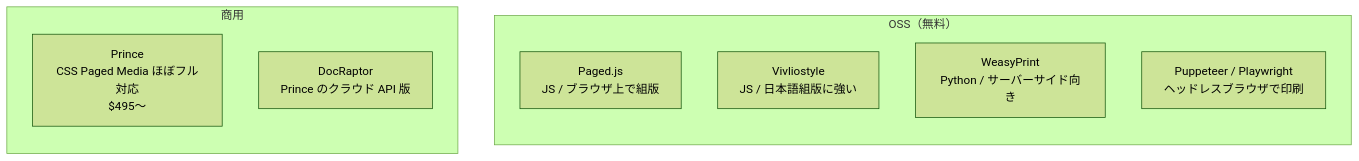
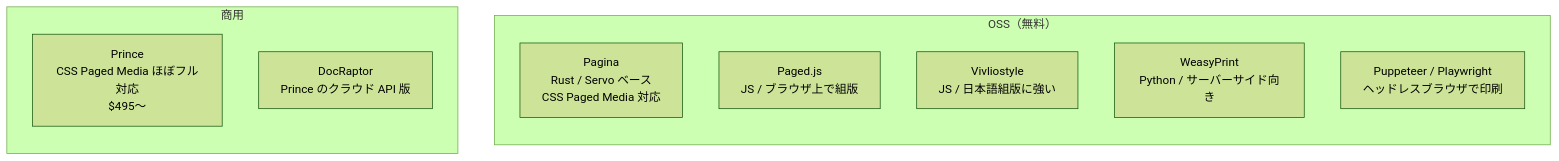
One commit to O6lvl4/O6lvl4-knowledge changed the second of 2 diagrams in vault/document-generation.md. Above: the diagram before and after it, drawn with Mermaid (forest theme). The commit also changed other lines of this file and 12 other files, not shown here.

First line of the commit message:
Add OBS architecture, AITuber cost, Rust, axum knowledge notes

````diff
--- a/vault/document-generation.md
+++ b/vault/document-generation.md
@@ -69,16 +69,17 @@
 ```mermaid
 flowchart TB
     subgraph oss["OSS（無料）"]
         direction TB
+        PA["Pagina<br/>Rust / Servo ベース<br/>CSS Paged Media 対応"]
         PJ["Paged.js<br/>JS / ブラウザ上で組版"]
         VS["Vivliostyle<br/>JS / 日本語組版に強い"]
         WP["WeasyPrint<br/>Python / サーバーサイド向き"]
         PP["Puppeteer / Playwright<br/>ヘッドレスブラウザで印刷"]
     end
 
     subgraph commercial["商用"]
         direction TB
         PR["Prince<br/>CSS Paged Media ほぼフル対応<br/>$495〜"]
         DR["DocRaptor<br/>Prince のクラウド API 版"]
     end
 ```
````
